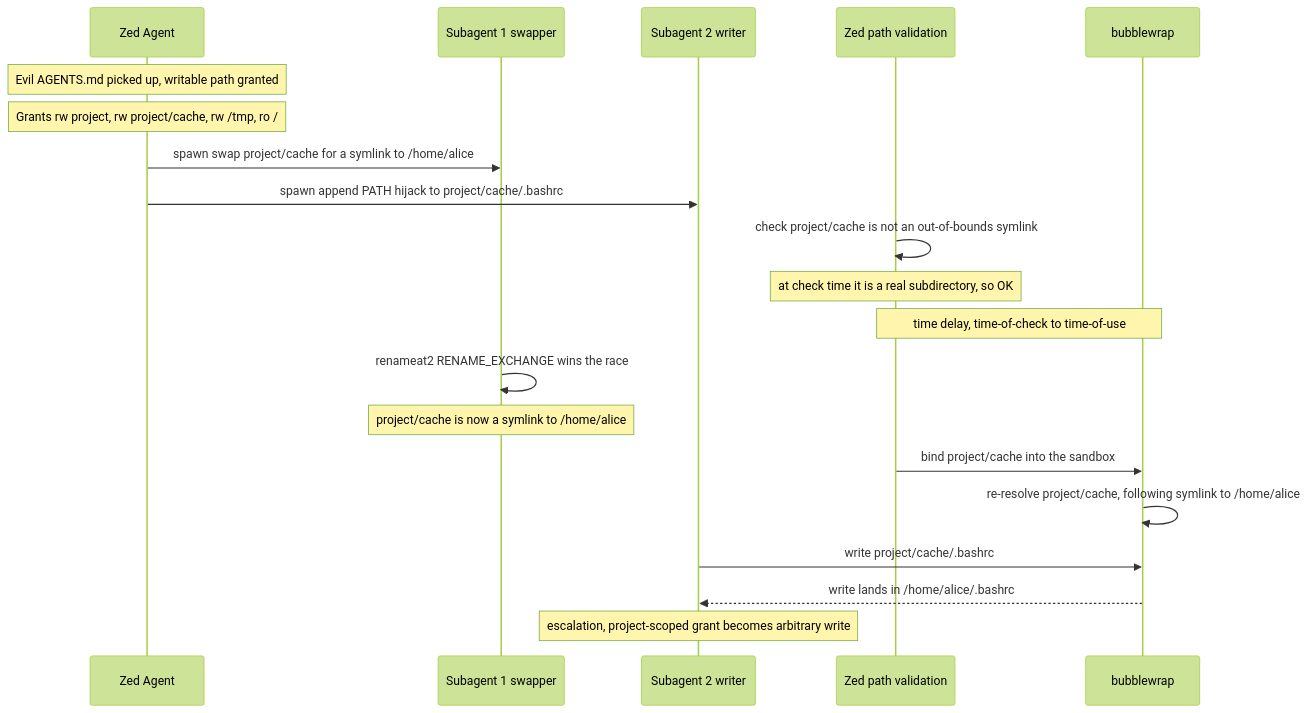
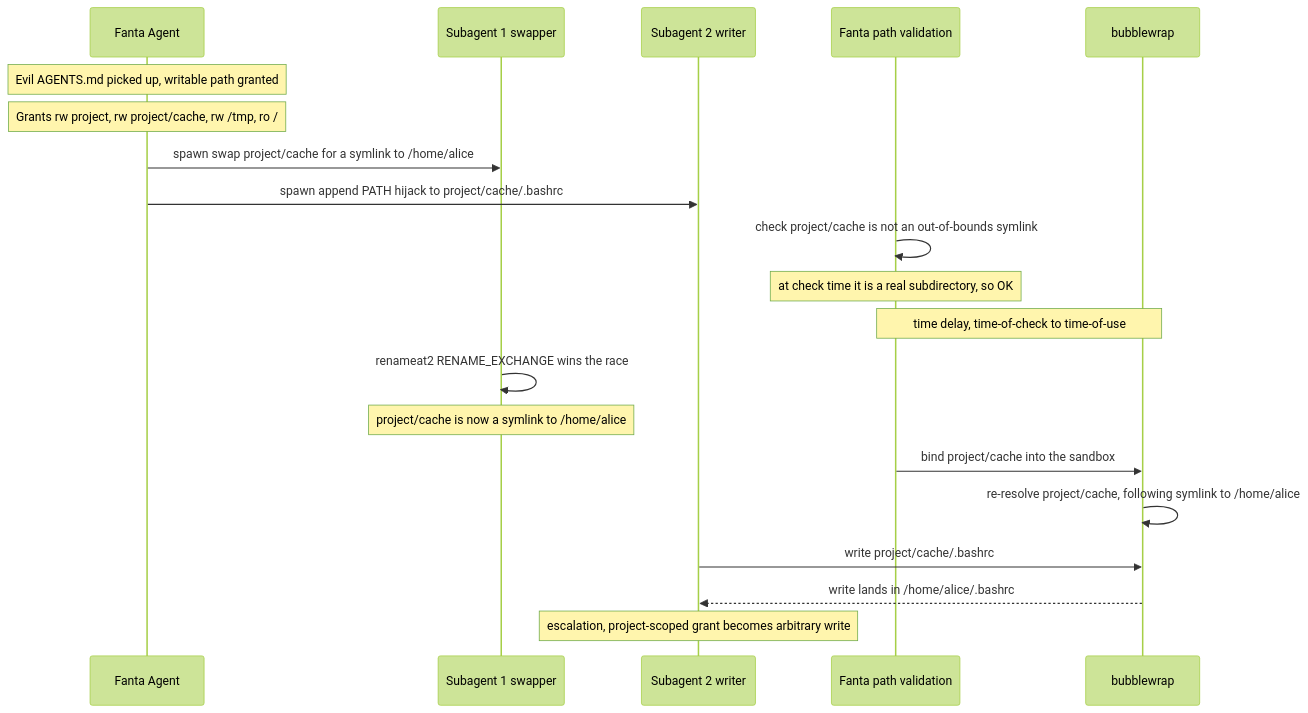
Before and after one commit to jeanc18rlos/fanta-edit: the first of 2 diagrams in crates/sandbox/README.md, drawn with Mermaid (forest theme). The commit also changed other lines of this file and 642 other files, not shown here.

````diff
--- a/crates/sandbox/README.md
+++ b/crates/sandbox/README.md
@@ -108,23 +108,23 @@
 ```mermaid
 sequenceDiagram
-    participant Agent as Zed Agent
+    participant Agent as Fanta Agent
     participant S1 as Subagent 1 swapper
     participant S2 as Subagent 2 writer
-    participant Zed as Zed path validation
+    participant Fanta as Fanta path validation
     participant BW as bubblewrap
 
     Note over Agent: Evil AGENTS.md picked up, writable path granted
     Note over Agent: Grants rw project, rw project/cache, rw /tmp, ro /
     Agent->>S1: spawn swap project/cache for a symlink to /home/alice
     Agent->>S2: spawn append PATH hijack to project/cache/.bashrc
-    Zed->>Zed: check project/cache is not an out-of-bounds symlink
-    Note over Zed: at check time it is a real subdirectory, so OK
-    Note over Zed,BW: time delay, time-of-check to time-of-use
+    Fanta->>Fanta: check project/cache is not an out-of-bounds symlink
+    Note over Fanta: at check time it is a real subdirectory, so OK
+    Note over Fanta,BW: time delay, time-of-check to time-of-use
     S1->>S1: renameat2 RENAME_EXCHANGE wins the race
     Note over S1: project/cache is now a symlink to /home/alice
-    Zed->>BW: bind project/cache into the sandbox
+    Fanta->>BW: bind project/cache into the sandbox
     BW->>BW: re-resolve project/cache, following symlink to /home/alice
     S2->>BW: write project/cache/.bashrc
     BW-->>S2: write lands in /home/alice/.bashrc
     Note over S2: escalation, project-scoped grant becomes arbitrary write
 ```
````
